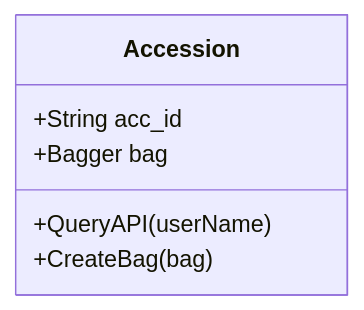
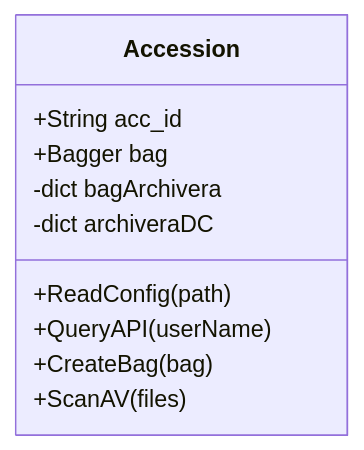
One commit to marcelomgarcia/dgpresflow changed the first of 3 diagrams in diagrams/classes.md. Above: the diagram before and after it, drawn with Mermaid. The commit also changed other lines of this file and 1 other file, not shown here.

````diff
--- a/diagrams/classes.md
+++ b/diagrams/classes.md
@@ -14,9 +14,14 @@
 ```mermaid
 classDiagram
     class Accession
     Accession : +String acc_id
     Accession : +Bagger bag
+    Accession : -dict bagArchivera
+    Accession : -dict archiveraDC
+    Accession : +ReadConfig(path)
     Accession : +QueryAPI(userName)
     Accession : +CreateBag(bag)
+    Accession : +ScanAV(files)
+
 
 ```
````
